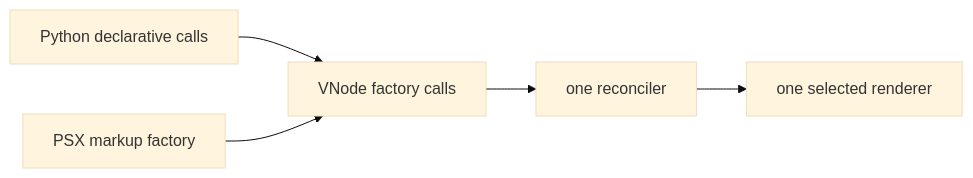
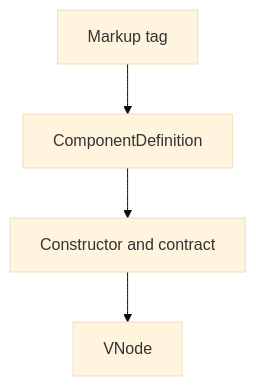
The second of 4 diagrams in docs/architecture.md (Neuri-AI/PSX), drawn with Mermaid (base theme) before and after one commit. The commit also changed other lines of this file and 71 other files, not shown here.

First line of the commit message:
feat: Introduce plugin architecture and component adapters

````diff
--- a/docs/architecture.md
+++ b/docs/architecture.md
@@ -156,7 +22,6 @@
 ```mermaid
-flowchart LR
-  PY[Python declarative calls] --> V[VNode factory calls]
-  PX[PSX markup factory] --> V
-  V --> RC[one reconciler]
-  RC --> RN[one selected renderer]
+flowchart TD
+  T[Markup tag] --> D[ComponentDefinition]
+  D --> K[Constructor and contract]
+  K --> V[VNode]
 ```
````
